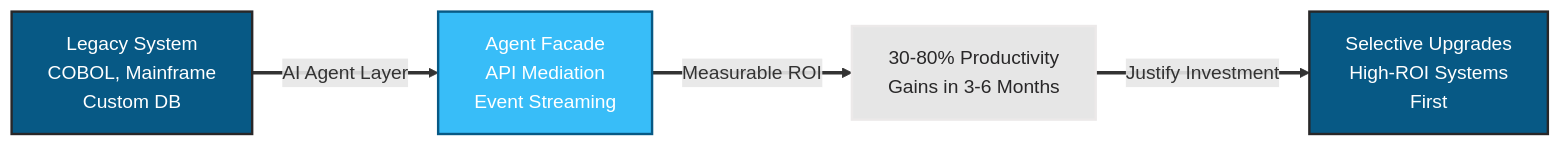
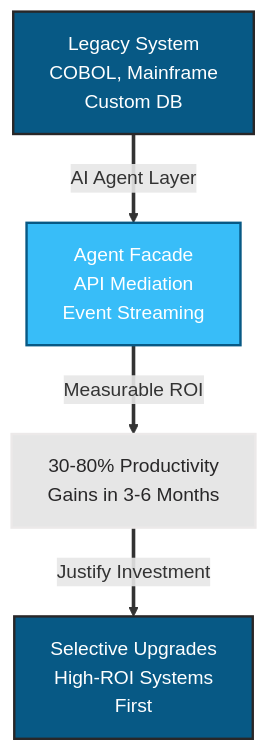
The diagram in src/assets/diagrams/reverse-modernization-flow.mmd (clouatre-labs/clouatre.ca), drawn with Mermaid before and after one commit. The commit also changed 1 other file, not shown here.

Commit message:
fix: convert reverse-modernization-flow to vertical layout for mobile (#284)

```diff
--- a/src/assets/diagrams/reverse-modernization-flow.mmd
+++ b/src/assets/diagrams/reverse-modernization-flow.mmd
@@ -1,16 +1,17 @@
-graph LR
-    A["Legacy System<br/>COBOL, Mainframe<br/>Custom DB"] -->|AI Agent Layer| B["Agent Facade<br/>API Mediation<br/>Event Streaming"]
+graph TD
+    A["Legacy System<br/>COBOL, Mainframe<br/>Custom DB"]
+    A -->|AI Agent Layer| B["Agent Facade<br/>API Mediation<br/>Event Streaming"]
     B -->|Measurable ROI| C["30-80% Productivity<br/>Gains in 3-6 Months"]
     C -->|Justify Investment| D["Selective Upgrades<br/>High-ROI Systems<br/>First"]
     
     linkStyle default stroke-width:3px
     
     classDef primary fill:#075985,stroke:#282728,stroke-width:2px,color:#fff
     classDef secondary fill:#e6e6e6,stroke:#ece9e9,stroke-width:2px,color:#282728
     classDef accent fill:#38bdf8,stroke:#075985,stroke-width:2px,color:#fff
     classDef muted fill:#fdfdfd,stroke:#ece9e9,stroke-width:1px,color:#282728
     
     class A primary
     class B accent
     class C secondary
     class D primary
```
